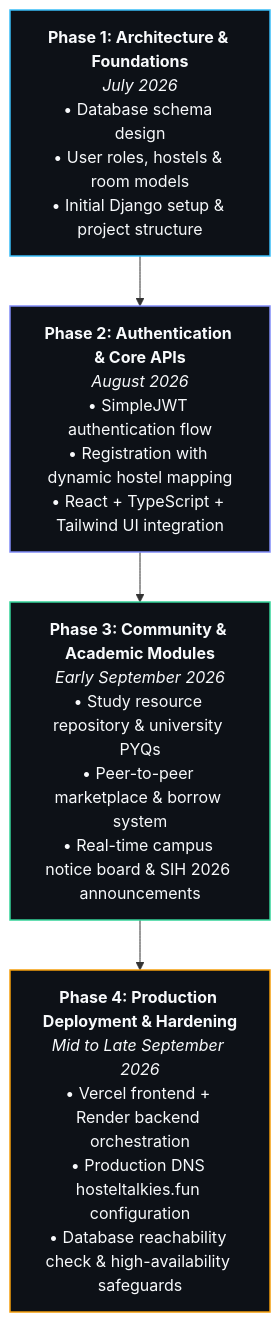
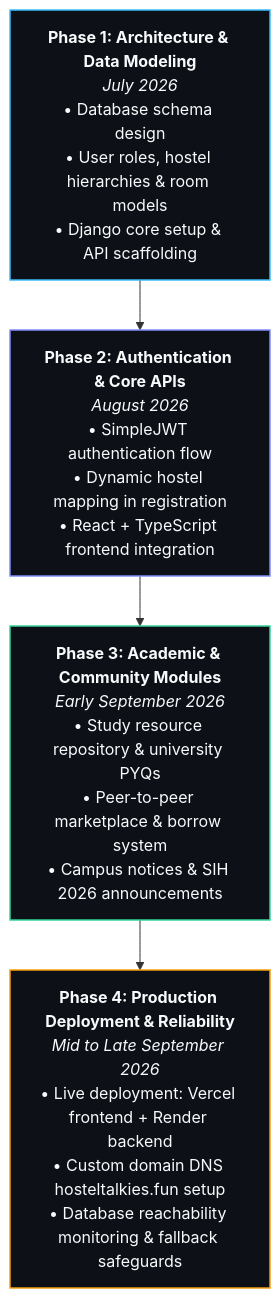
One commit to siddharth194thakur-gif/siddharth194thakur-gif changed the first of 2 diagrams in README.md. Above: the diagram before and after it, drawn with Mermaid. The commit also changed other lines of this file and 1 other file, not shown here.

Commit message:
feat: AI/ML focused developer portfolio redesign with small relevant stack and roadmap

````diff
--- a/README.md
+++ b/README.md
@@ -125,11 +144,11 @@
 ```mermaid
 flowchart TD
-    A["<b>Phase 1: Architecture & Foundations</b><br/><i>July 2026</i><br/>• Database schema design<br/>• User roles, hostels & room models<br/>• Initial Django setup & project structure"] --> B["<b>Phase 2: Authentication & Core APIs</b><br/><i>August 2026</i><br/>• SimpleJWT authentication flow<br/>• Registration with dynamic hostel mapping<br/>• React + TypeScript + Tailwind UI integration"]
-    B --> C["<b>Phase 3: Community & Academic Modules</b><br/><i>Early September 2026</i><br/>• Study resource repository & university PYQs<br/>• Peer-to-peer marketplace & borrow system<br/>• Real-time campus notice board & SIH 2026 announcements"]
-    C --> D["<b>Phase 4: Production Deployment & Hardening</b><br/><i>Mid to Late September 2026</i><br/>• Vercel frontend + Render backend orchestration<br/>• Production DNS hosteltalkies.fun configuration<br/>• Database reachability check & high-availability safeguards"]
+    A["<b>Phase 1: Architecture & Data Modeling</b><br/><i>July 2026</i><br/>• Database schema design<br/>• User roles, hostel hierarchies & room models<br/>• Django core setup & API scaffolding"] --> B["<b>Phase 2: Authentication & Core APIs</b><br/><i>August 2026</i><br/>• SimpleJWT authentication flow<br/>• Dynamic hostel mapping in registration<br/>• React + TypeScript frontend integration"]
+    B --> C["<b>Phase 3: Academic & Community Modules</b><br/><i>Early September 2026</i><br/>• Study resource repository & university PYQs<br/>• Peer-to-peer marketplace & borrow system<br/>• Campus notices & SIH 2026 announcements"]
+    C --> D["<b>Phase 4: Production Deployment & Reliability</b><br/><i>Mid to Late September 2026</i><br/>• Live deployment: Vercel frontend + Render backend<br/>• Custom domain DNS hosteltalkies.fun setup<br/>• Database reachability monitoring & fallback safeguards"]
 
     style A fill:#0d1117,stroke:#38bdf8,stroke-width:1.5px,color:#f8fafc
     style B fill:#0d1117,stroke:#818cf8,stroke-width:1.5px,color:#f8fafc
     style C fill:#0d1117,stroke:#34d399,stroke-width:1.5px,color:#f8fafc
     style D fill:#0d1117,stroke:#f59e0b,stroke-width:1.5px,color:#f8fafc
 ```
````
